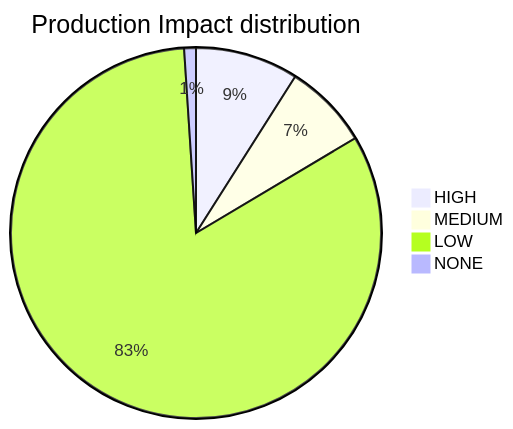
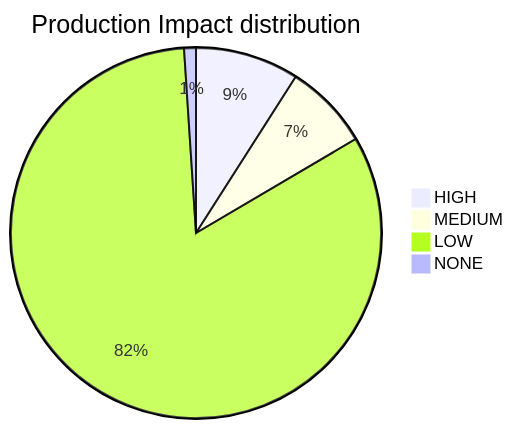
Before and after one commit to mikeybeezy/goldenpath-idp-infra: the second of 2 diagrams in PLATFORM_HEALTH.md, drawn with Mermaid. The commit also changed other lines of this file, not shown here.

Commit message:
chore: update platform health dashboard [skip ci]

````diff
--- a/PLATFORM_HEALTH.md
+++ b/PLATFORM_HEALTH.md
@@ -52,7 +52,7 @@
 ```mermaid
 pie title Production Impact distribution
     "HIGH" : 35
     "MEDIUM" : 29
-    "LOW" : 321
+    "LOW" : 319
     "NONE" : 4
 ```
````
